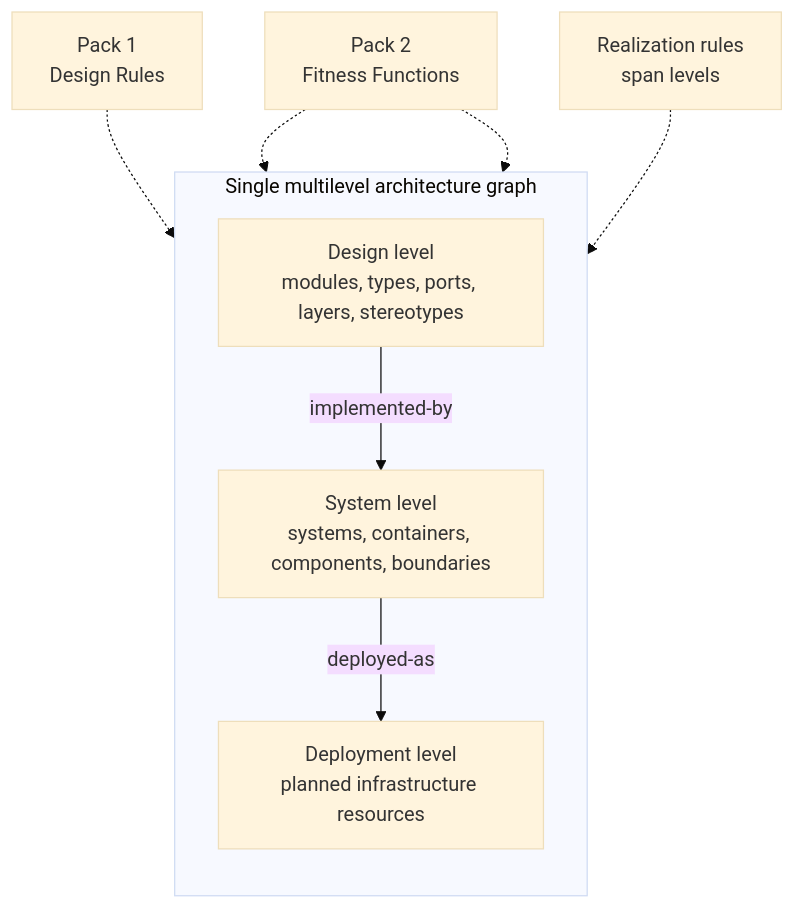
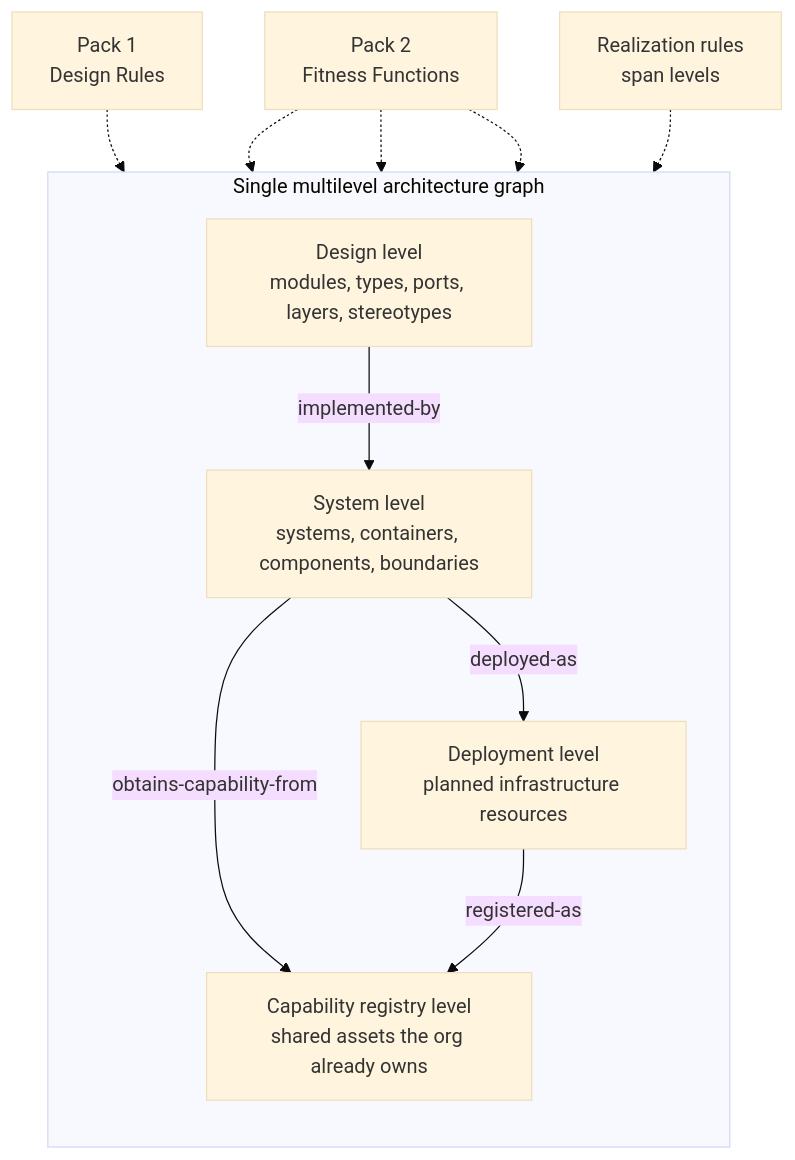
Before and after one commit to Anilinfo2015/ArchGuard-Agent: the first of 5 diagrams in idea/00-final-idea.md, drawn with Mermaid (base theme). The commit also changed other lines of this file, not shown here.

Commit message:
Reframe final idea around shared-asset proliferation; add reuse primitives and capability registry

````diff
--- a/idea/00-final-idea.md
+++ b/idea/00-final-idea.md
@@ -39,16 +99,20 @@
 ```mermaid
 flowchart TB
     subgraph G["Single multilevel architecture graph"]
         direction TB
         L1["Design level<br/>modules, types, ports, layers, stereotypes"]
         L2["System level<br/>systems, containers, components, boundaries"]
         L3["Deployment level<br/>planned infrastructure resources"]
+        L4["Capability registry level<br/>shared assets the org already owns"]
         L1 -- "implemented-by" --> L2
         L2 -- "deployed-as" --> L3
+        L2 -- "obtains-capability-from" --> L4
+        L3 -- "registered-as" --> L4
     end
 
     P1["Pack 1<br/>Design Rules"] -.-> L1
     P2["Pack 2<br/>Fitness Functions"] -.-> L2
     P2 -.-> L3
+    P2 -.-> L4
     P3["Realization rules<br/>span levels"] -.-> G
 ```
````
